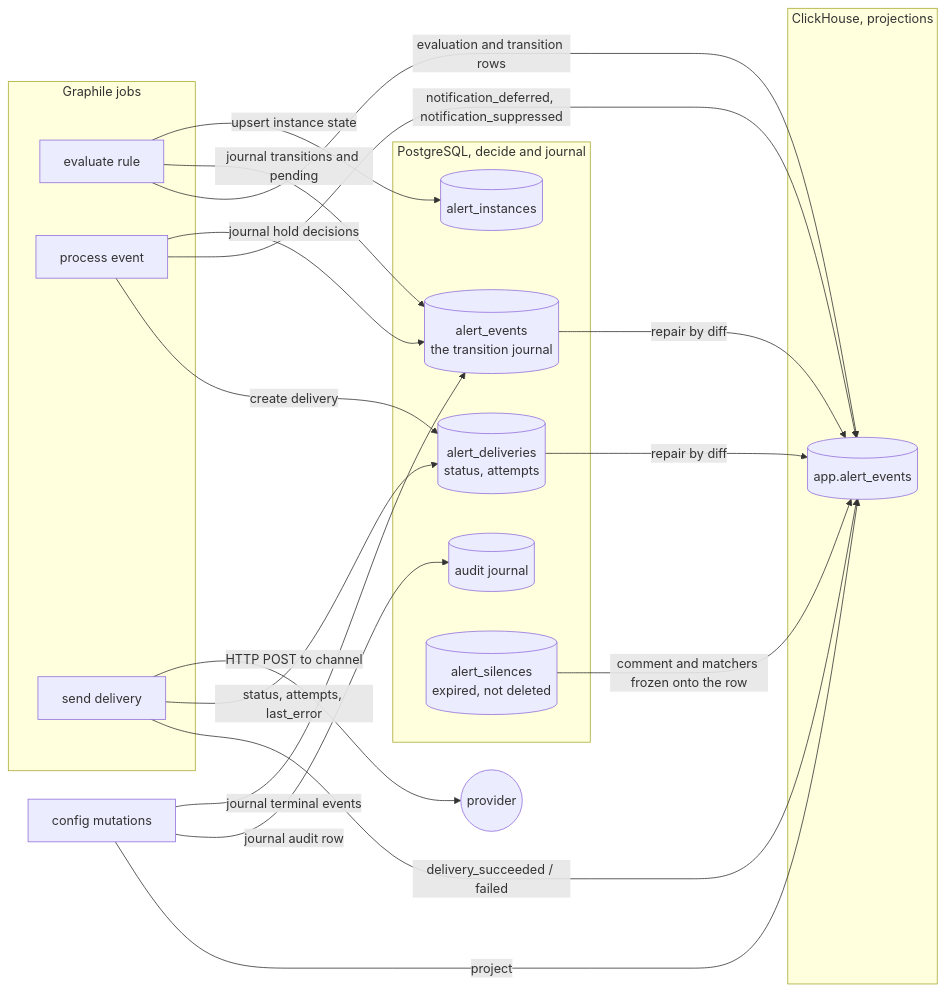
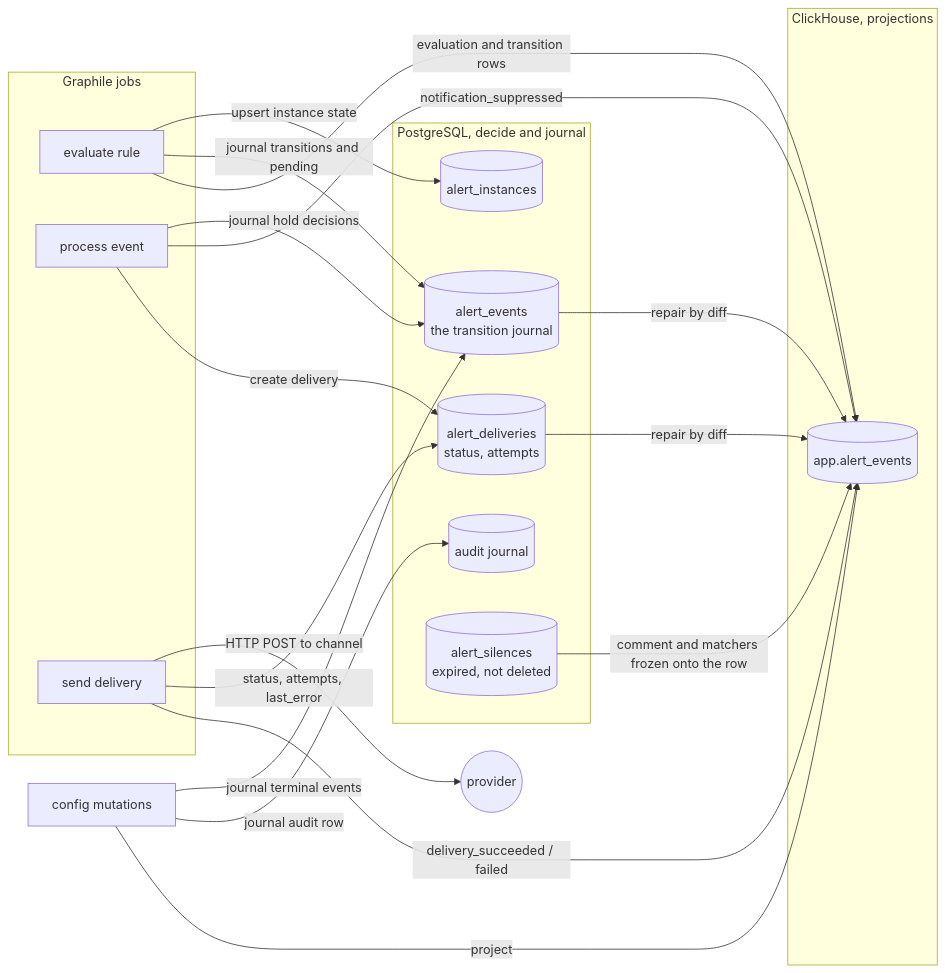
The second of 3 diagrams in todo/issues/alerting-surface/02-alerting-clickhouse-surface.md (everr-labs/everr), drawn with Mermaid before and after one commit. The commit also changed other lines of this file and 2 other files, not shown here.

````diff
--- a/todo/issues/alerting-surface/02-alerting-clickhouse-surface.md
+++ b/todo/issues/alerting-surface/02-alerting-clickhouse-surface.md
@@ -114,41 +114,41 @@
 ```mermaid
 flowchart LR
   subgraph jobs [Graphile jobs]
     E[evaluate rule]
     S[process event]
     D[send delivery]
   end
   M[config mutations]
 
   subgraph pg [PostgreSQL, decide and journal]
     PI[(alert_instances)]
     PE[(alert_events<br/>the transition journal)]
     PD[(alert_deliveries<br/>status, attempts)]
     AJ[(audit journal)]
     SI[(alert_silences<br/>expired, not deleted)]
   end
 
   subgraph ch [ClickHouse, projections]
     CE[(app.alert_events)]
   end
 
   E -->|upsert instance state| PI
   E -->|journal transitions and pending| PE
   E -->|evaluation and transition rows| CE
 
   S -->|journal hold decisions| PE
-  S -->|notification_deferred, notification_suppressed| CE
+  S -->|notification_suppressed| CE
   S -->|create delivery| PD
   SI -->|comment and matchers frozen onto the row| CE
 
   D -->|HTTP POST to channel| X((provider))
   D -->|status, attempts, last_error| PD
   D -->|delivery_succeeded / failed| CE
 
   M -->|journal terminal events| PE
   M -->|journal audit row| AJ
   M -->|project| CE
 
   PE -->|repair by diff| CE
   PD -->|repair by diff| CE
 ```
````
